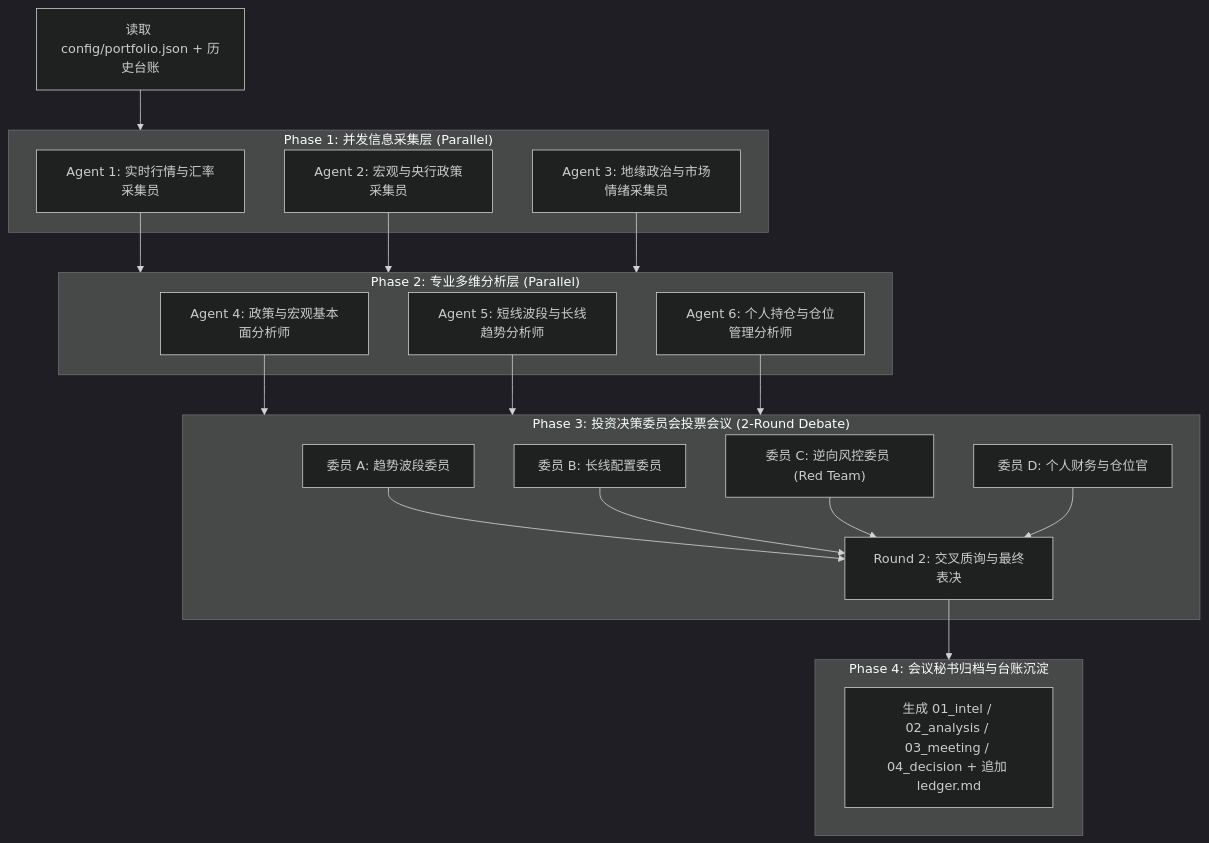
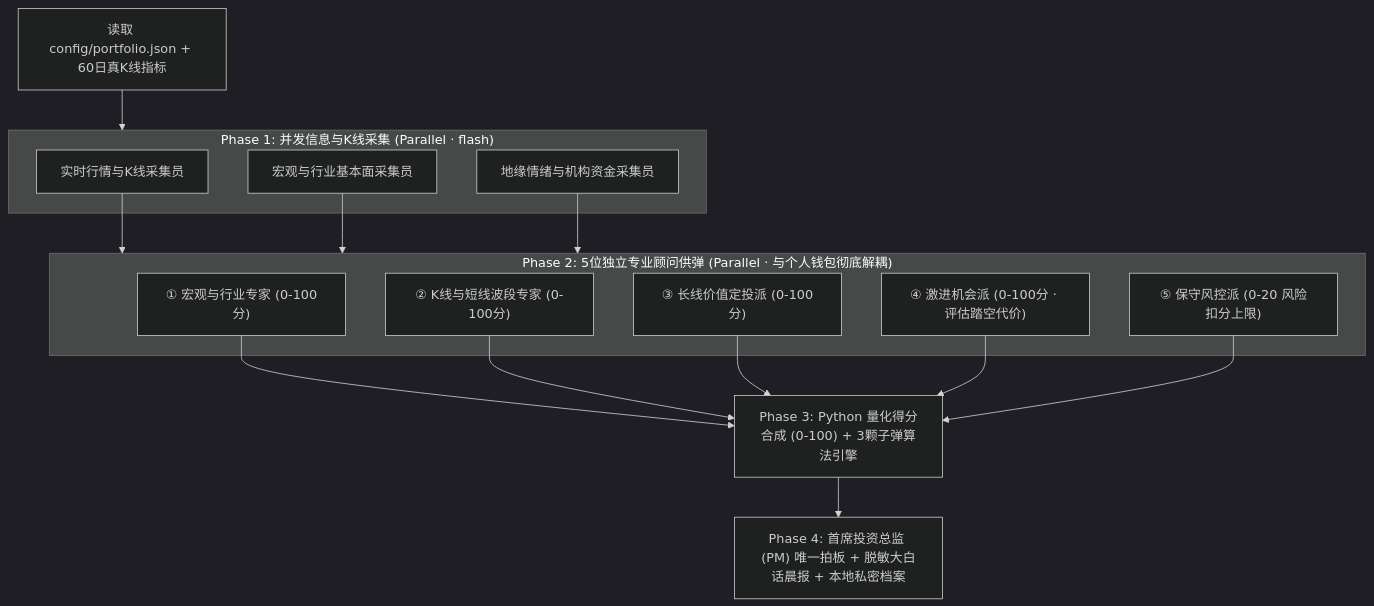
The diagram in docs/architecture.md (hai-bd/Google_Scheduled_Task), drawn with Mermaid (dark theme) before and after one commit. The commit also changed other lines of this file and 23 other files, not shown here.

````diff
--- a/docs/architecture.md
+++ b/docs/architecture.md
@@ -22,34 +23,23 @@
 ```mermaid
 flowchart TD
-    Cfg["读取 config/portfolio.json + 历史台账"] --> P1
+    Cfg["读取 config/portfolio.json + 60日真K线指标"] --> P1
 
-    subgraph P1["Phase 1: 并发信息采集层 (Parallel)"]
-        A1["Agent 1: 实时行情与汇率采集员"]
-        A2["Agent 2: 宏观与央行政策采集员"]
-        A3["Agent 3: 地缘政治与市场情绪采集员"]
+    subgraph P1["Phase 1: 并发信息与K线采集 (Parallel · flash)"]
+        A1["实时行情与K线采集员"]
+        A2["宏观与行业基本面采集员"]
+        A3["地缘情绪与机构资金采集员"]
     end
 
     A1 & A2 & A3 --> P2
 
-    subgraph P2["Phase 2: 专业多维分析层 (Parallel)"]
-        B1["Agent 4: 政策与宏观基本面分析师"]
-        B2["Agent 5: 短线波段与长线趋势分析师"]
-        B3["Agent 6: 个人持仓与仓位管理分析师"]
+    subgraph P2["Phase 2: 5位独立专业顾问供弹 (Parallel · 与个人钱包彻底解耦)"]
+        S1["① 宏观与行业专家 (0-100分)"]
+        S2["② K线与短线波段专家 (0-100分)"]
+        S3["③ 长线价值定投派 (0-100分)"]
+        S4["④ 激进机会派 (0-100分 · 评估踏空代价)"]
+        S5["⑤ 保守风控派 (0-20 风险扣分上限)"]
     end
 
-    B1 & B2 & B3 --> P3
-
-    subgraph P3["Phase 3: 投资决策委员会投票会议 (2-Round Debate)"]
-        C1["委员 A: 趋势波段委员"]
-        C2["委员 B: 长线配置委员"]
-        C3["委员 C: 逆向风控委员 (Red Team)"]
-        C4["委员 D: 个人财务与仓位官"]
-        C1 & C2 & C3 & C4 --> R2["Round 2: 交叉质询与最终表决"]
-    end
-
-    R2 --> P4
-
-    subgraph P4["Phase 4: 会议秘书归档与台账沉淀"]
-        D1["生成 01_intel / 02_analysis / 03_meeting / 04_decision + 追加 ledger.md"]
-    end
+    S1 & S2 & S3 & S4 & S5 --> Q["Phase 3: Python 量化得分合成 (0-100) + 3颗子弹算法引擎"]
+    Q --> PM["Phase 4: 首席投资总监 (PM) 唯一拍板 + 脱敏大白话晨报 + 本地私密档案"]
 ```
````
